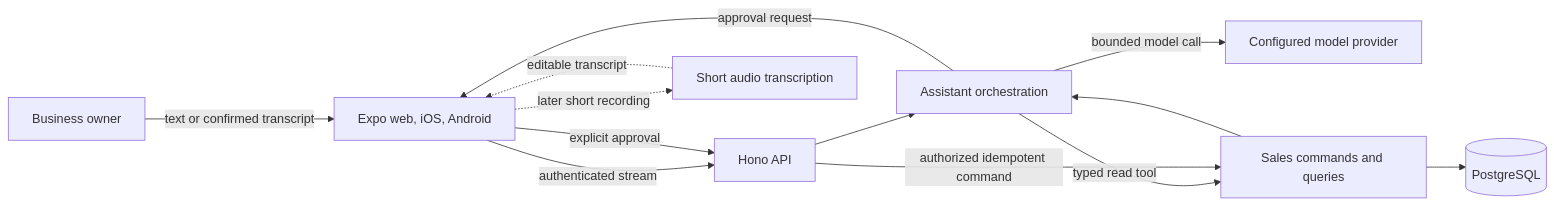
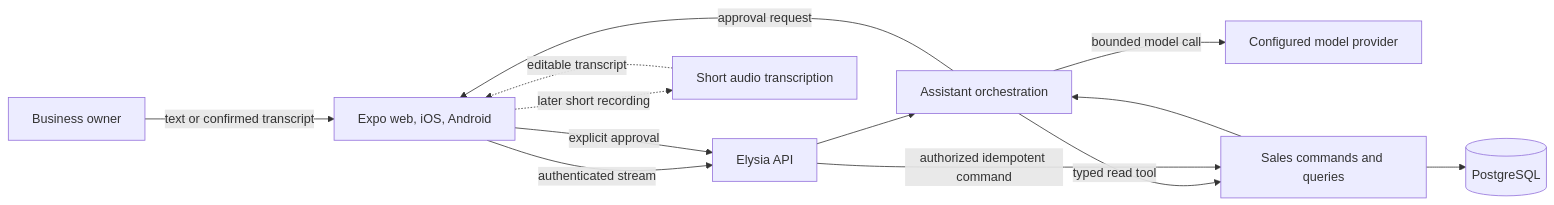
One commit to Eclalune-BTC/pisto-app changed the diagram in docs/ai-assistant.md. Above: the diagram before and after it, drawn with Mermaid. The commit also changed other lines of this file and 55 other files, not shown here.

Commit message:
refactor(api): migrate HTTP composition to Elysia

````diff
--- a/docs/ai-assistant.md
+++ b/docs/ai-assistant.md
@@ -25,24 +25,24 @@
 ```mermaid
 flowchart LR
   User[Business owner]
   App[Expo web, iOS, Android]
-  API[Hono API]
+  API[Elysia API]
   Assistant[Assistant orchestration]
   Model[Configured model provider]
   Product[Sales commands and queries]
   DB[(PostgreSQL)]
   Audio[Short audio transcription]
 
   User -->|text or confirmed transcript| App
   App -->|authenticated stream| API
   API --> Assistant
   Assistant -->|bounded model call| Model
   Assistant -->|typed read tool| Product
   Assistant -->|approval request| App
   App -->|explicit approval| API
   API -->|authorized idempotent command| Product
   Product --> DB
   Product --> Assistant
   App -. later short recording .-> Audio
   Audio -. editable transcript .-> App
 ```
````
